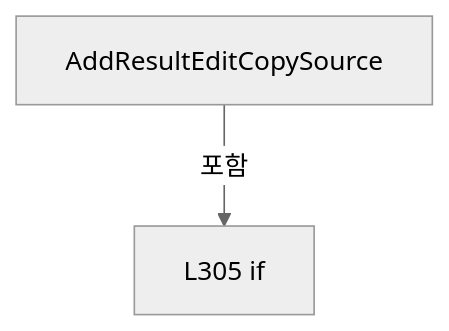
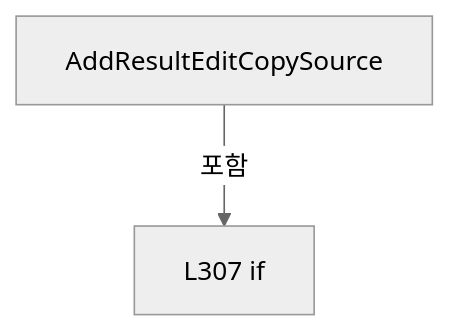
One commit to kjuws10-rgb/Shared changed diagram 13 of 24 in A3 LD Code Ref/files/Drilling.UI/Menu/Menus/CMenuCorrection.ReviewData.Edit.cs.md. Above: the diagram before and after it, drawn with Mermaid (neutral theme). The commit also changed other lines of this file and 2071 other files, not shown here.

Commit message:
docs(a3): update 11.19.0 architecture and code reference

````diff
--- a/A3 LD Code Ref/files/Drilling.UI/Menu/Menus/CMenuCorrection.ReviewData.Edit.cs.md
+++ b/A3 LD Code Ref/files/Drilling.UI/Menu/Menus/CMenuCorrection.ReviewData.Edit.cs.md
@@ -2566,6 +2624,6 @@
 ```mermaid
 flowchart TD
  M["AddResultEditCopySource"]
- N0["L305 if"]
+ N0["L307 if"]
  M -->|포함| N0
 ```
````
